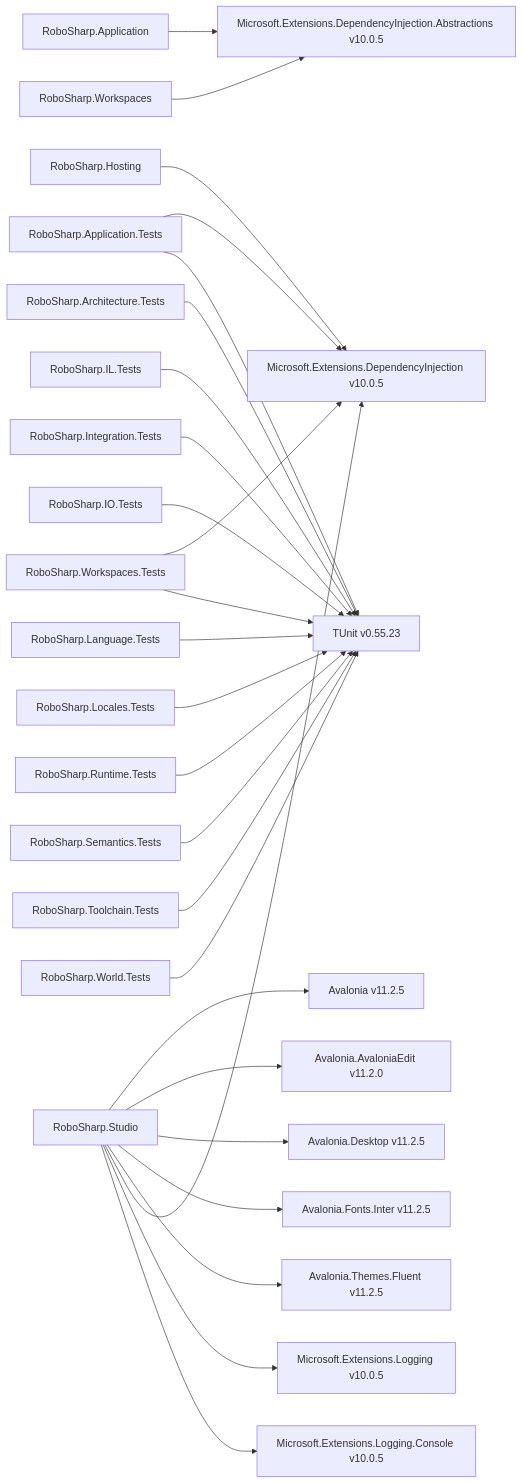
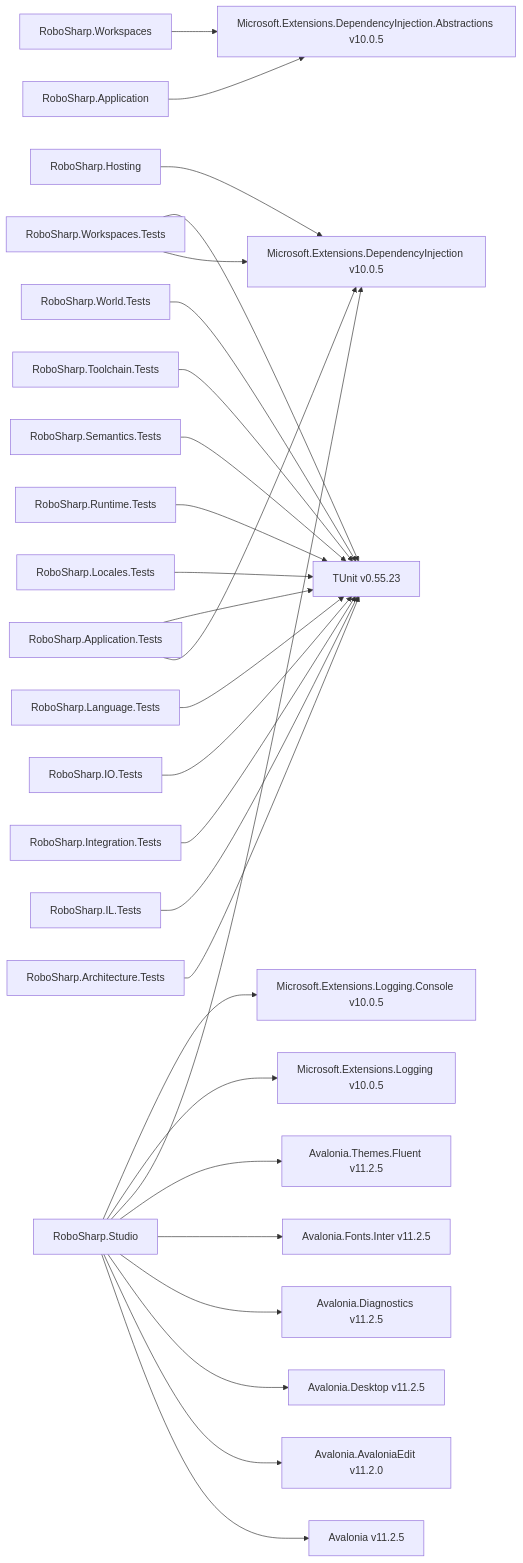
Before and after one commit to frankhaugen/RoboSharp: the diagram in docs/diagrams/nuget-references.md, drawn with Mermaid. The commit also changed 6 other files, not shown here.

First line of the commit message:
Update Avalonia integration for RoboSharp.Studio

````diff
--- a/docs/diagrams/nuget-references.md
+++ b/docs/diagrams/nuget-references.md
@@ -7,28 +7,29 @@
 ```mermaid
 flowchart LR
   RoboSharp_Application["RoboSharp.Application"] --> pkg_Microsoft_Extensions_DependencyInjection_Abstractions["Microsoft.Extensions.DependencyInjection.Abstractions v10.0.5"]
   RoboSharp_Application_Tests["RoboSharp.Application.Tests"] --> pkg_Microsoft_Extensions_DependencyInjection["Microsoft.Extensions.DependencyInjection v10.0.5"]
   RoboSharp_Application_Tests["RoboSharp.Application.Tests"] --> pkg_TUnit["TUnit v0.55.23"]
   RoboSharp_Architecture_Tests["RoboSharp.Architecture.Tests"] --> pkg_TUnit["TUnit v0.55.23"]
   RoboSharp_Hosting["RoboSharp.Hosting"] --> pkg_Microsoft_Extensions_DependencyInjection["Microsoft.Extensions.DependencyInjection v10.0.5"]
   RoboSharp_IL_Tests["RoboSharp.IL.Tests"] --> pkg_TUnit["TUnit v0.55.23"]
   RoboSharp_Integration_Tests["RoboSharp.Integration.Tests"] --> pkg_TUnit["TUnit v0.55.23"]
   RoboSharp_IO_Tests["RoboSharp.IO.Tests"] --> pkg_TUnit["TUnit v0.55.23"]
   RoboSharp_Language_Tests["RoboSharp.Language.Tests"] --> pkg_TUnit["TUnit v0.55.23"]
   RoboSharp_Locales_Tests["RoboSharp.Locales.Tests"] --> pkg_TUnit["TUnit v0.55.23"]
   RoboSharp_Runtime_Tests["RoboSharp.Runtime.Tests"] --> pkg_TUnit["TUnit v0.55.23"]
   RoboSharp_Semantics_Tests["RoboSharp.Semantics.Tests"] --> pkg_TUnit["TUnit v0.55.23"]
   RoboSharp_Studio["RoboSharp.Studio"] --> pkg_Avalonia["Avalonia v11.2.5"]
   RoboSharp_Studio["RoboSharp.Studio"] --> pkg_Avalonia_AvaloniaEdit["Avalonia.AvaloniaEdit v11.2.0"]
   RoboSharp_Studio["RoboSharp.Studio"] --> pkg_Avalonia_Desktop["Avalonia.Desktop v11.2.5"]
+  RoboSharp_Studio["RoboSharp.Studio"] --> pkg_Avalonia_Diagnostics["Avalonia.Diagnostics v11.2.5"]
   RoboSharp_Studio["RoboSharp.Studio"] --> pkg_Avalonia_Fonts_Inter["Avalonia.Fonts.Inter v11.2.5"]
   RoboSharp_Studio["RoboSharp.Studio"] --> pkg_Avalonia_Themes_Fluent["Avalonia.Themes.Fluent v11.2.5"]
   RoboSharp_Studio["RoboSharp.Studio"] --> pkg_Microsoft_Extensions_DependencyInjection["Microsoft.Extensions.DependencyInjection v10.0.5"]
   RoboSharp_Studio["RoboSharp.Studio"] --> pkg_Microsoft_Extensions_Logging["Microsoft.Extensions.Logging v10.0.5"]
   RoboSharp_Studio["RoboSharp.Studio"] --> pkg_Microsoft_Extensions_Logging_Console["Microsoft.Extensions.Logging.Console v10.0.5"]
   RoboSharp_Toolchain_Tests["RoboSharp.Toolchain.Tests"] --> pkg_TUnit["TUnit v0.55.23"]
   RoboSharp_Workspaces["RoboSharp.Workspaces"] --> pkg_Microsoft_Extensions_DependencyInjection_Abstractions["Microsoft.Extensions.DependencyInjection.Abstractions v10.0.5"]
   RoboSharp_Workspaces_Tests["RoboSharp.Workspaces.Tests"] --> pkg_Microsoft_Extensions_DependencyInjection["Microsoft.Extensions.DependencyInjection v10.0.5"]
   RoboSharp_Workspaces_Tests["RoboSharp.Workspaces.Tests"] --> pkg_TUnit["TUnit v0.55.23"]
   RoboSharp_World_Tests["RoboSharp.World.Tests"] --> pkg_TUnit["TUnit v0.55.23"]
 ```
````
